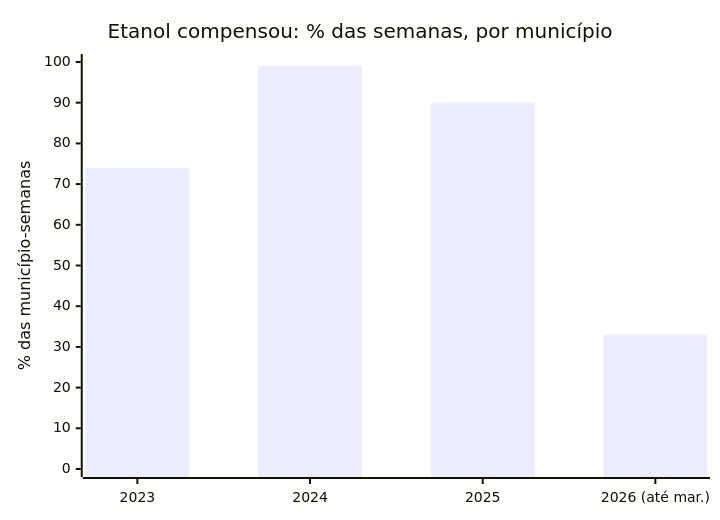
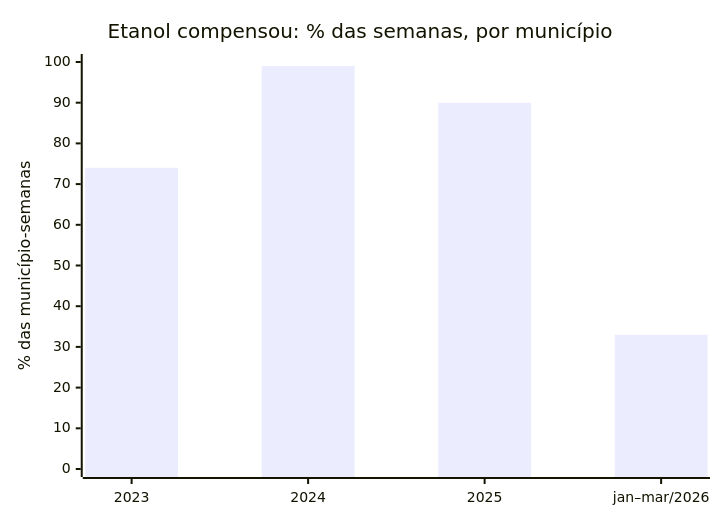
Before and after one commit to lutmaia/fuelradar: the diagram in README.md, drawn with Mermaid. The commit also changed other lines of this file and 1 other file, not shown here.

Commit message:
README: deixa claro que o 2026 do gráfico do etanol é só a entressafra

````diff
--- a/README.md
+++ b/README.md
@@ -23,7 +23,7 @@
 ```mermaid
 xychart-beta
     title "Etanol compensou: % das semanas, por município"
-    x-axis ["2023", "2024", "2025", "2026 (até mar.)"]
+    x-axis ["2023", "2024", "2025", "jan–mar/2026"]
     y-axis "% das município-semanas" 0 --> 100
     bar [74, 99, 90, 33]
 ```
````
